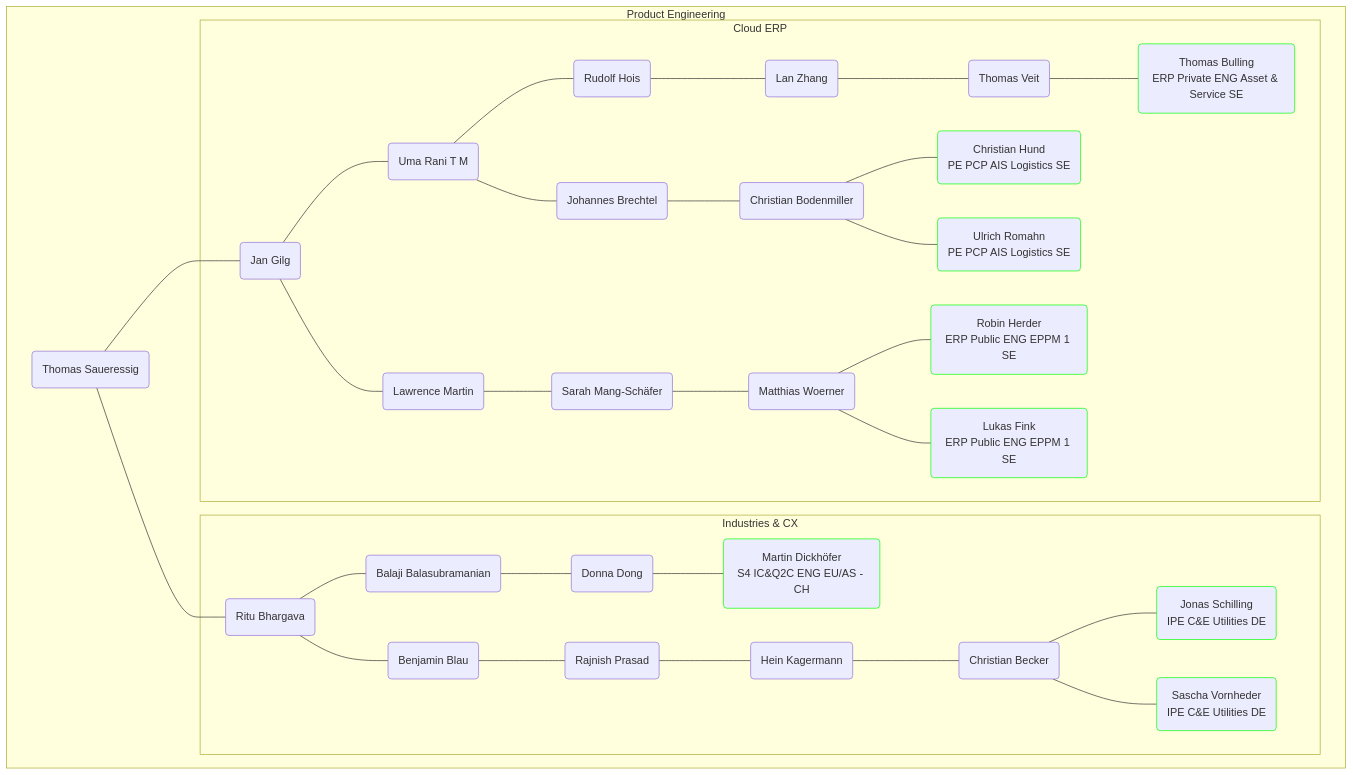
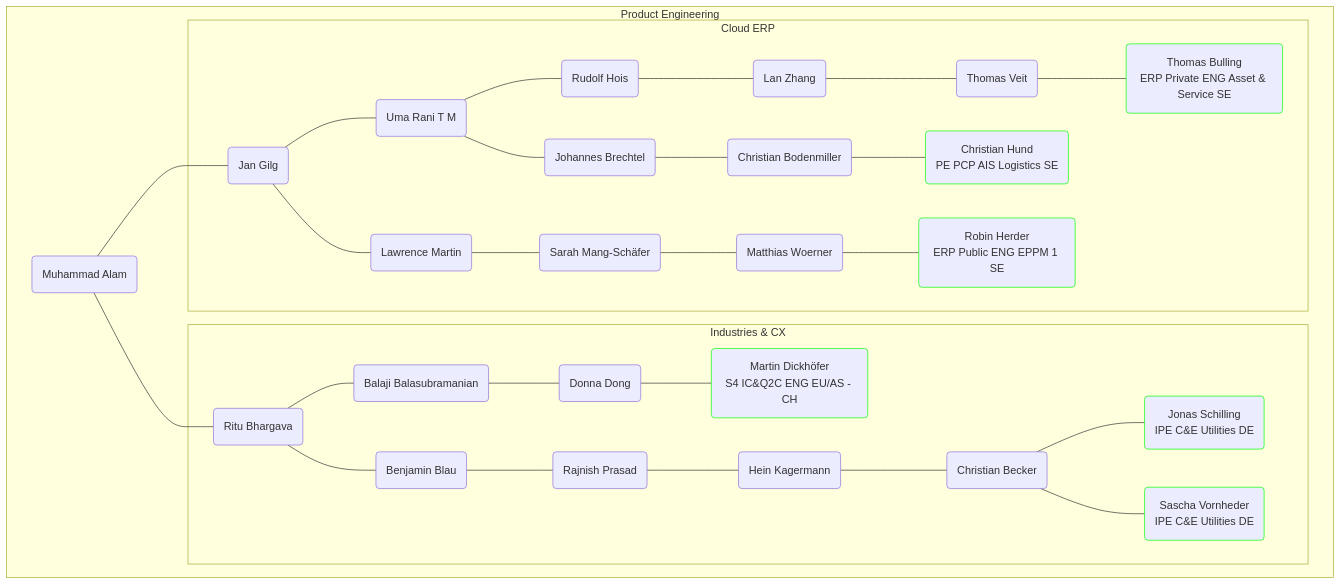
The second of 3 diagrams in contacts.md (appenmaier/vt_markdorf), drawn with Mermaid before and after one commit.

````diff
--- a/contacts.md
+++ b/contacts.md
@@ -43,72 +43,66 @@
 ```mermaid
 flowchart TD
     ts --- jg
     ts --- rb
     jg --- ur
     jg --- lm
     ur --- rh2
     ur --- jb
     rh2 --- lz
     lz --- tv
     jb --- cb
     lm --- sm
     sm --- mw
     rb --- bb
     rb --- bb2
     bb --- dd
     dd --- md
     bb2 --- rp
     rp --- hk
     hk --- cb2
     tv --- tb
     mw --- rh
-    mw --- lf
     cb2 --- js
     cb2 --- sv    
-    cb --- ch
-    cb --- ur2    
+    cb --- ch  
 
     subgraph Product Engineering
-        ts(Thomas Saueressig)
+        ts(Muhammad Alam)
 
         subgraph Cloud ERP
-            lf(Lukas Fink\nERP Public ENG EPPM 1 SE)
             tb(Thomas Bulling\nERP Private ENG Asset & Service SE)
             rh(Robin Herder\nERP Public ENG EPPM 1 SE)
             tv(Thomas Veit)
             lz(Lan Zhang)
             rh2(Rudolf Hois)    
             ur(Uma Rani T M)
             jg(Jan Gilg)        
             cb(Christian Bodenmiller)
             jb(Johannes Brechtel)
             mw(Matthias Woerner)
             sm(Sarah Mang-Schäfer)
             lm(Lawrence Martin)
             ch(Christian Hund\nPE PCP AIS Logistics SE)
-            ur2(Ulrich Romahn\nPE PCP AIS Logistics SE)            
         end
 
         subgraph Industries & CX
             md(Martin Dickhöfer\nS4 IC&Q2C ENG EU/AS - CH)
             dd(Donna Dong)
             bb(Balaji Balasubramanian)
             rb(Ritu Bhargava)
             cb2(Christian Becker)
             hk(Hein Kagermann)
             rp(Rajnish Prasad)
             bb2(Benjamin Blau)
             js(Jonas Schilling\nIPE C&E Utilities DE)
             sv(Sascha Vornheder\nIPE C&E Utilities DE)
         end
     end
 
     style tb stroke:#0f0
     style rh stroke:#0f0
     style js stroke:#0f0
     style md stroke:#0f0
-    style lf stroke:#0f0
     style ch stroke:#0f0
-    style ur2 stroke:#0f0
     style sv stroke:#0f0
 ```
````
